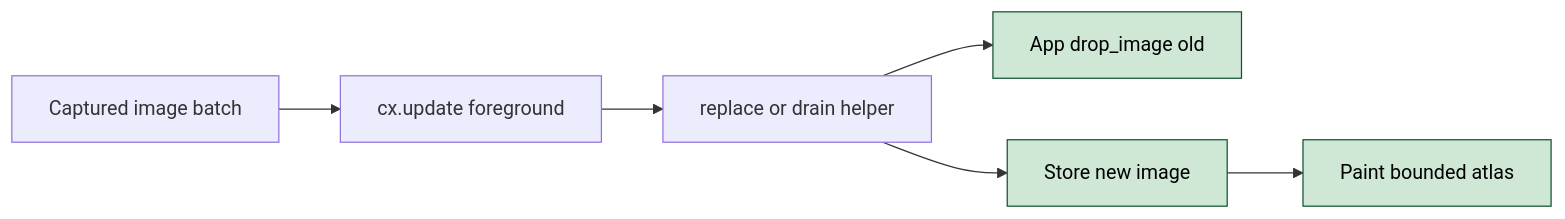
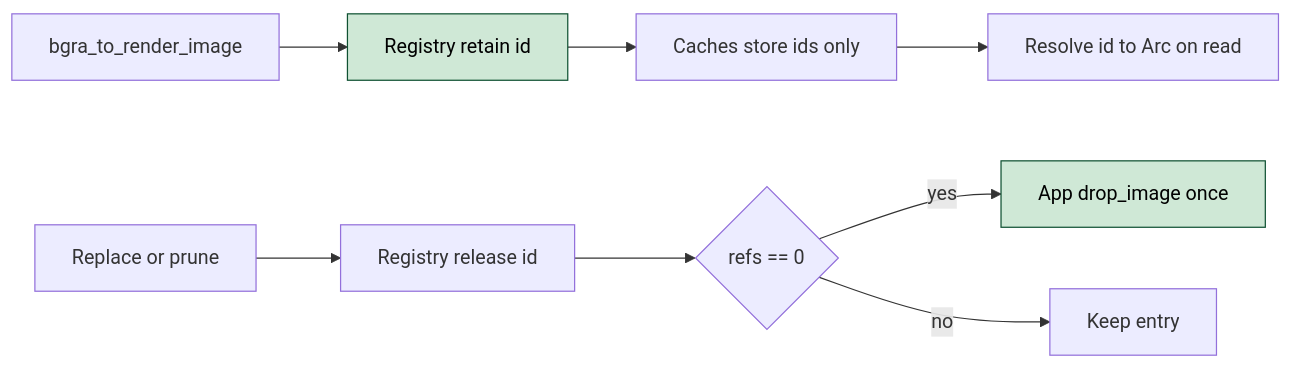
The third of 4 diagrams in plugins/plugin-alt-tab/docs/adr/ALTTAB-2-gpu-atlas-tile-leak-causes-picker-fps-to-degrade-after-extended-use.md (qol-tools/qol), drawn with Mermaid before and after one commit. The commit also changed other lines of this file and 8 other files, not shown here.

First line of the commit message:
fix(alt-tab, picker): close GPU atlas tile leak via ImageRegistry

````diff
--- a/plugins/plugin-alt-tab/docs/adr/ALTTAB-2-gpu-atlas-tile-leak-causes-picker-fps-to-degrade-after-extended-use.md
+++ b/plugins/plugin-alt-tab/docs/adr/ALTTAB-2-gpu-atlas-tile-leak-causes-picker-fps-to-degrade-after-extended-use.md
@@ -63,10 +72,12 @@
 ```mermaid
 graph LR
-    Capture[Captured image batch] --> Foreground[cx.update foreground]
-    Foreground --> Helper[replace or drain helper]
-    Helper --> Release[App drop_image old]
-    Helper --> Store[Store new image]
-    Store --> Paint[Paint bounded atlas]
+    Alloc[bgra_to_render_image] --> Reg[Registry retain id]
+    Reg --> Caches[Caches store ids only]
+    Caches --> Read[Resolve id to Arc on read]
+    Replace[Replace or prune] --> Rel[Registry release id]
+    Rel --> Check{refs == 0}
+    Check -->|yes| Drop[App drop_image once]
+    Check -->|no| Keep[Keep entry]
     classDef good fill:#cfe8d6,stroke:#0f5132,color:#000
-    class Release,Store,Paint good
+    class Reg,Drop good
 ```
````
